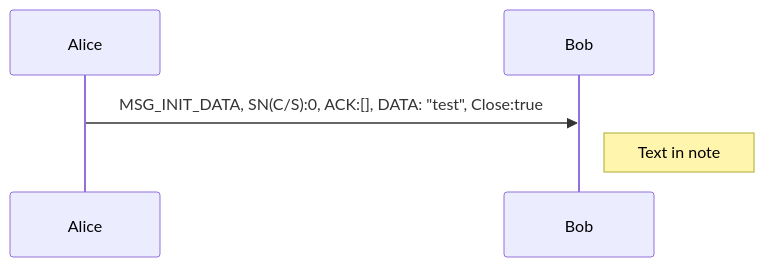
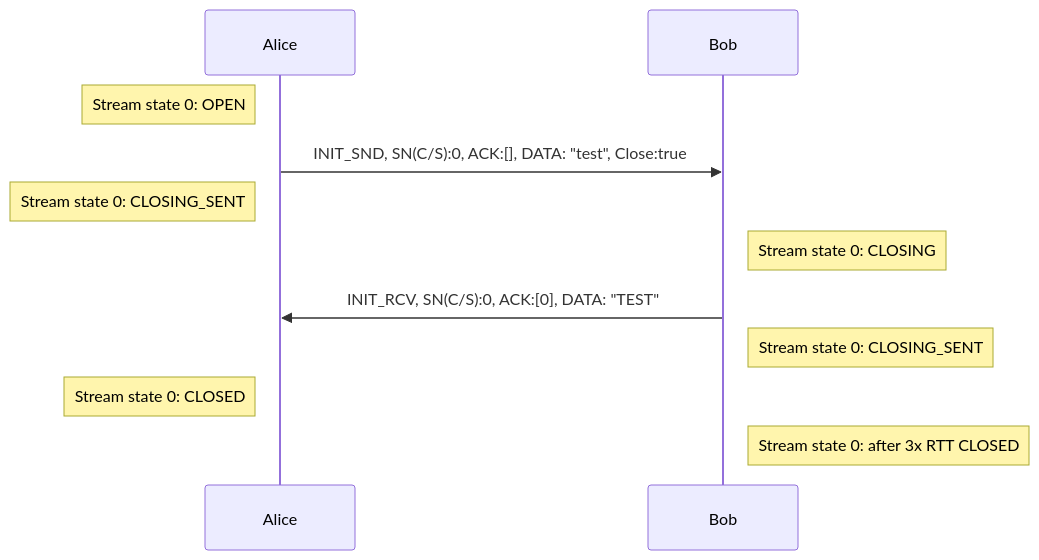
One commit to tbocek/tomtp changed the fifth of 5 diagrams in Readme.md. Above: the diagram before and after it, drawn with Mermaid. The commit also changed other lines of this file and 4 other files, not shown here.

````diff
--- a/Readme.md
+++ b/Readme.md
@@ -187,5 +188,11 @@
 ```mermaid
 sequenceDiagram
-  Alice->>Bob: MSG_INIT_DATA, SN(C/S):0, ACK:[], DATA: "test", Close:true
-  Note right of Bob: Text in note
+  Note left of Alice: Stream state 0: OPEN  
+  Alice->>Bob: INIT_SND, SN(C/S):0, ACK:[], DATA: "test", Close:true
+  Note left of Alice: Stream state 0: CLOSING_SENT
+  Note right of Bob: Stream state 0: CLOSING
+  Bob->>Alice: INIT_RCV, SN(C/S):0, ACK:[0], DATA: "TEST"
+  Note right of Bob: Stream state 0: CLOSING_SENT
+  Note left of Alice: Stream state 0: CLOSED
+  Note right of Bob: Stream state 0: after 3x RTT CLOSED
 ```
````
